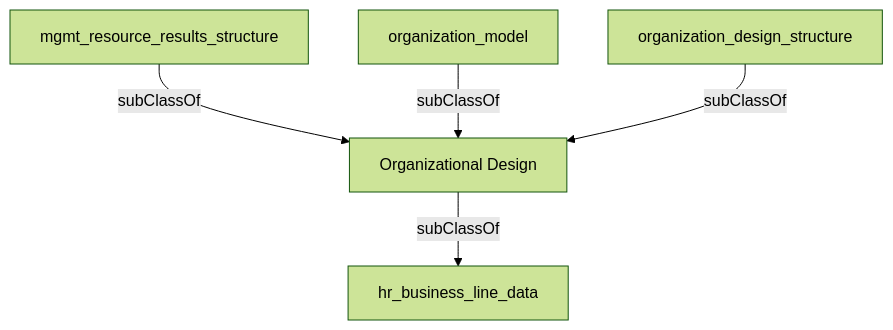
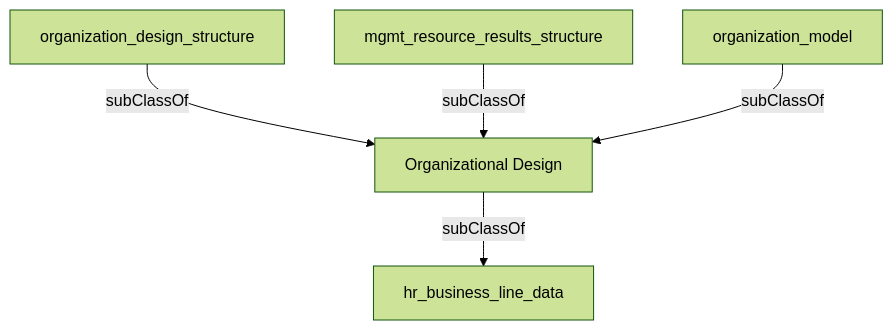
Before and after one commit to heidingaway/heidi2: the diagram in content/hr_data_model/area_organizational_design.md, drawn with Mermaid (forest theme). The commit also changed other lines of this file and 350 other files, not shown here.

````diff
--- a/content/hr_data_model/area_organizational_design.md
+++ b/content/hr_data_model/area_organizational_design.md
@@ -23,12 +24,12 @@
 ```mermaid
 graph TD
   Organizational_Design["Organizational Design"]:::current-page-node
   hr_business_line_data["hr_business_line_data"]
   organization_model["organization_model"]
   mgmt_resource_results_structure["mgmt_resource_results_structure"]
   organization_design_structure["organization_design_structure"]
+  Organizational_Design-->|" subClassOf "|hr_business_line_data
+  organization_design_structure-->|" subClassOf "|Organizational_Design
   mgmt_resource_results_structure-->|" subClassOf "|Organizational_Design
   organization_model-->|" subClassOf "|Organizational_Design
-  organization_design_structure-->|" subClassOf "|Organizational_Design
-  Organizational_Design-->|" subClassOf "|hr_business_line_data
 ```
````
